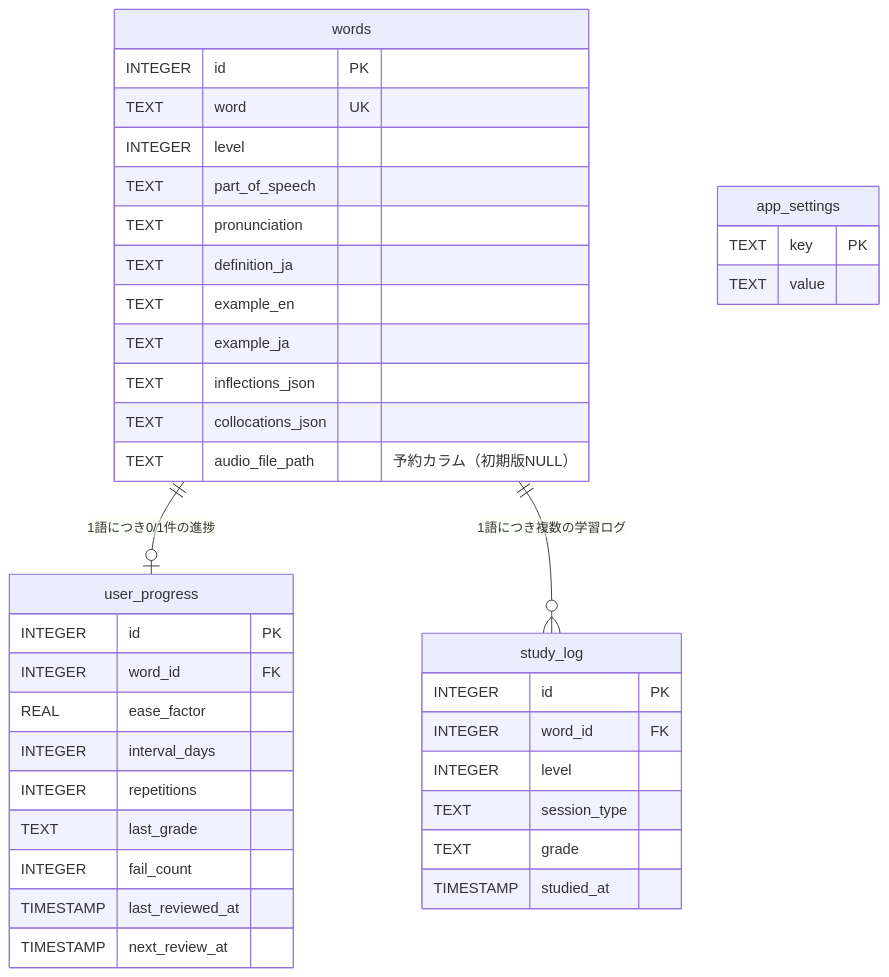
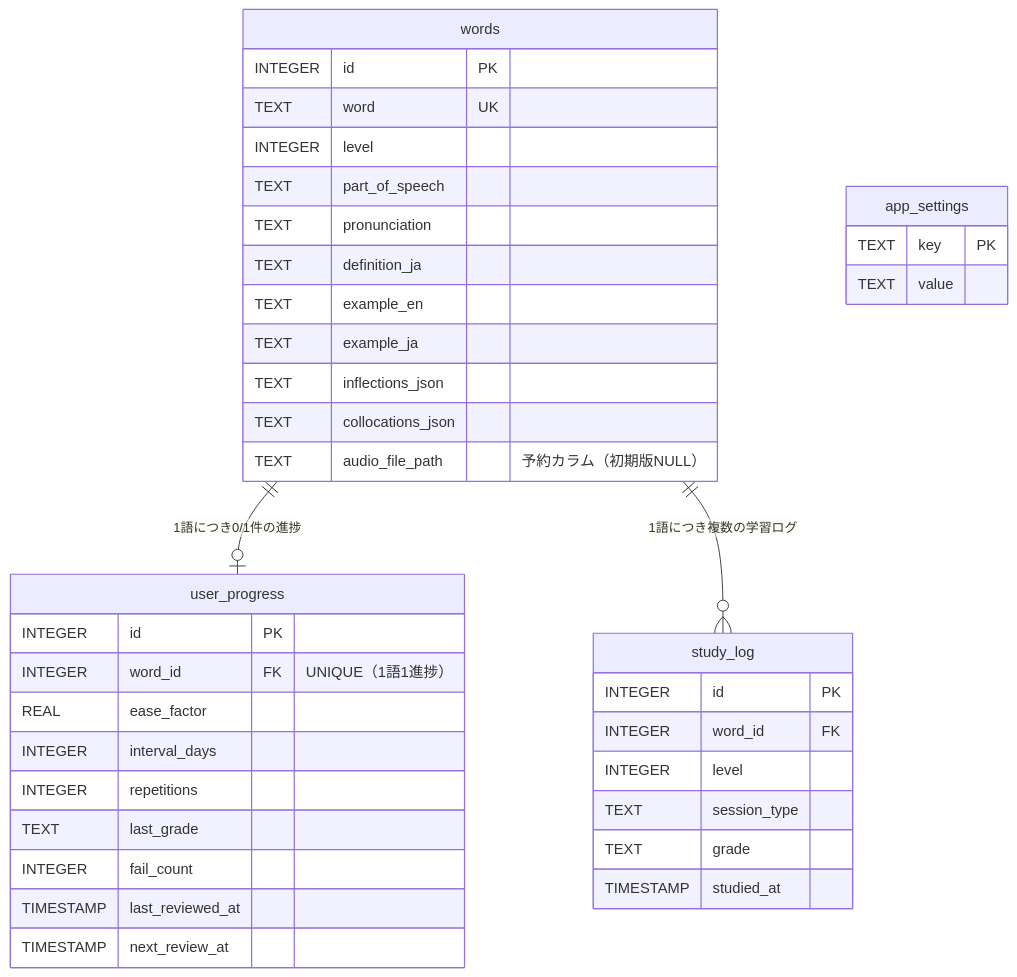
The fourth of 4 diagrams in doc/rfp.md (ji-no-ri/eng-learning), drawn with Mermaid before and after one commit. The commit also changed other lines of this file, not shown here.

First line of the commit message:
chore: RFP本体の完成・整合対応（レベル詳細説明8件・音声方式整合・SM-2式明確化・Mermaid図・用語集・受け入れ基準・第9章更新）

````diff
--- a/doc/rfp.md
+++ b/doc/rfp.md
@@ -486,45 +486,45 @@
 ```mermaid
 erDiagram
     words ||--o| user_progress : "1語につき0/1件の進捗"
     words ||--o{ study_log : "1語につき複数の学習ログ"
 
     words {
         INTEGER id PK
         TEXT    word UK
         INTEGER level
         TEXT    part_of_speech
         TEXT    pronunciation
         TEXT    definition_ja
         TEXT    example_en
         TEXT    example_ja
         TEXT    inflections_json
         TEXT    collocations_json
         TEXT    audio_file_path "予約カラム（初期版NULL）"
     }
 
     user_progress {
         INTEGER id PK
-        INTEGER word_id FK
+        INTEGER word_id FK "UNIQUE（1語1進捗）"
         REAL    ease_factor
         INTEGER interval_days
         INTEGER repetitions
         TEXT    last_grade
         INTEGER fail_count
         TIMESTAMP last_reviewed_at
         TIMESTAMP next_review_at
     }
 
     study_log {
         INTEGER id PK
         INTEGER word_id FK
         INTEGER level
         TEXT    session_type
         TEXT    grade
         TIMESTAMP studied_at
     }
 
     app_settings {
         TEXT key PK
         TEXT value
     }
 ```
````
